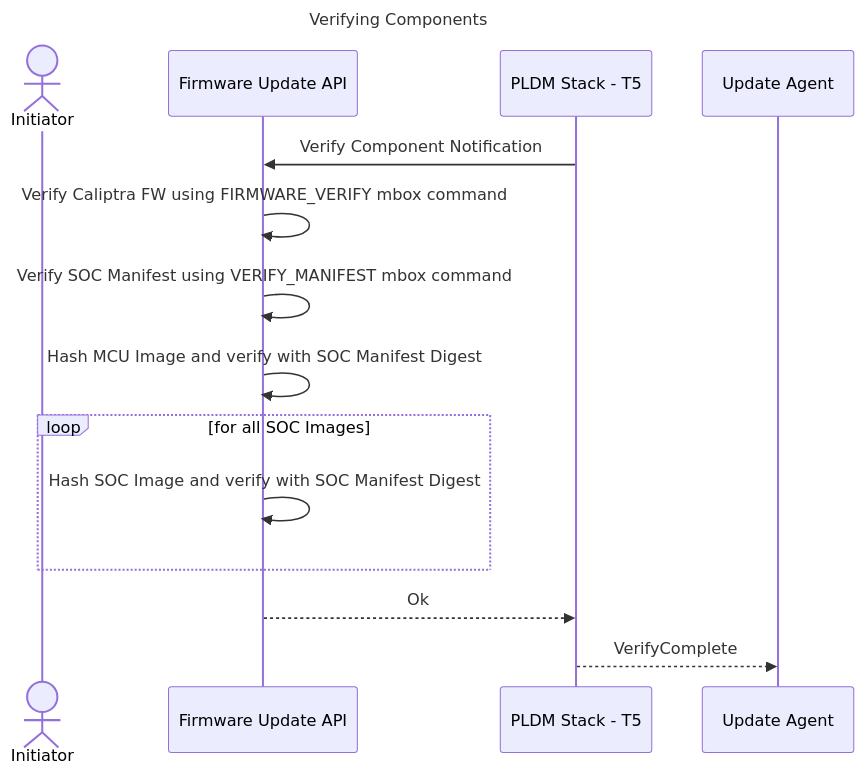
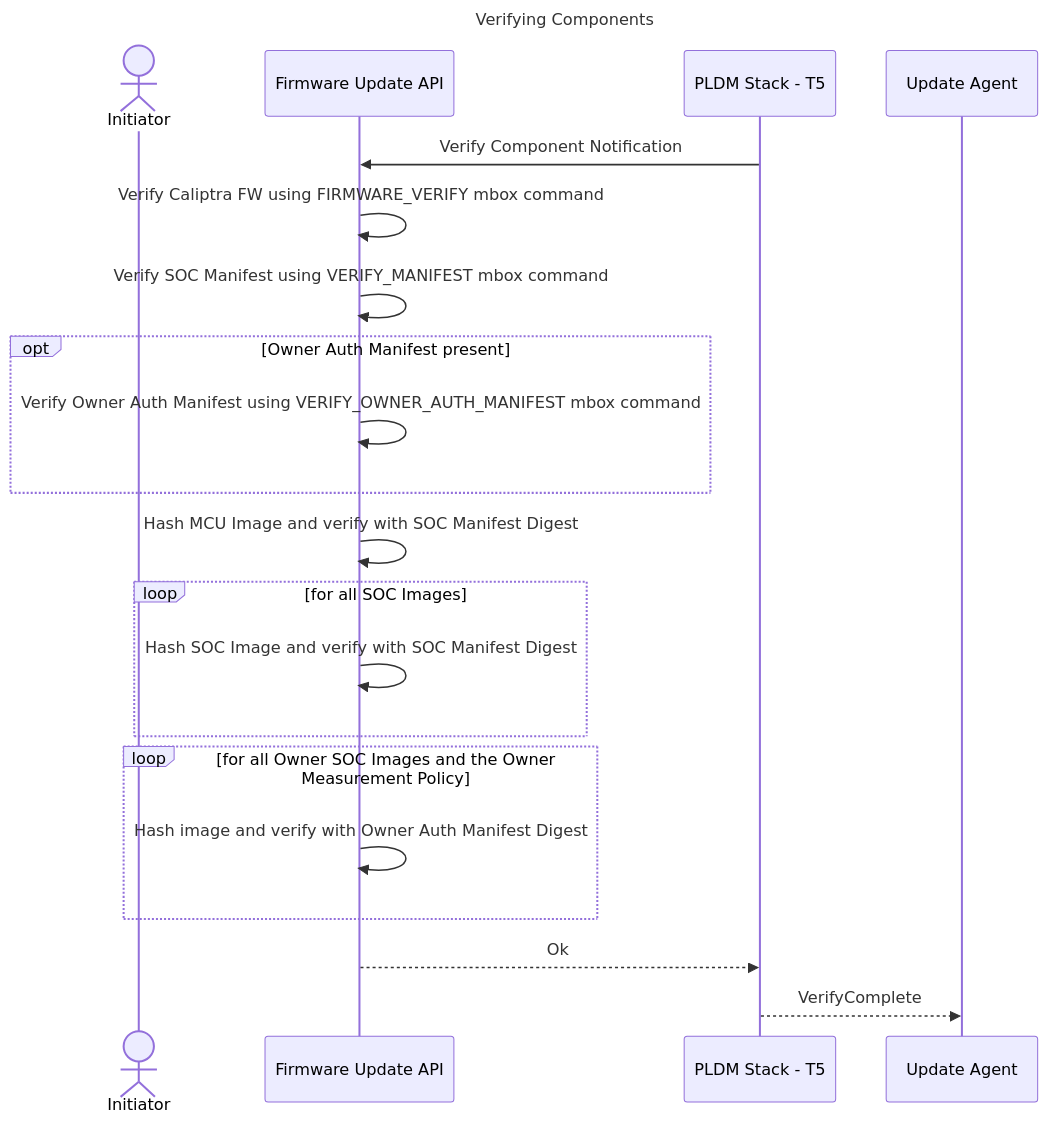
The seventh of 10 diagrams in docs/src/firmware_update.md (chipsalliance/caliptra-mcu-sw), drawn with Mermaid before and after one commit. The commit also changed other lines of this file and 12 other files, not shown here.

First line of the commit message:
Load and activate owner SoC images after the vendor load list (#2230)

````diff
--- a/docs/src/firmware_update.md
+++ b/docs/src/firmware_update.md
@@ -131,21 +131,27 @@
 ```mermaid
 sequenceDiagram
     title Verifying Components
 
     actor App as Initiator
     participant API as Firmware Update API
     participant Firmware as PLDM Stack - T5
     participant PLDM as Update Agent
 
     Firmware->>API: Verify Component Notification
 
     API->>API: Verify Caliptra FW using FIRMWARE_VERIFY mbox command
     API->>API: Verify SOC Manifest using VERIFY_MANIFEST mbox command
+    opt Owner Auth Manifest present
+        API->>API: Verify Owner Auth Manifest using VERIFY_OWNER_AUTH_MANIFEST mbox command
+    end
     API->>API: Hash MCU Image and verify with SOC Manifest Digest
     loop for all SOC Images
         API->>API: Hash SOC Image and verify with SOC Manifest Digest
+    end
+    loop for all Owner SOC Images and the Owner Measurement Policy
+        API->>API: Hash image and verify with Owner Auth Manifest Digest
     end
 
     API-->>Firmware: Ok
     Firmware-->>PLDM: VerifyComplete
 ```
````
